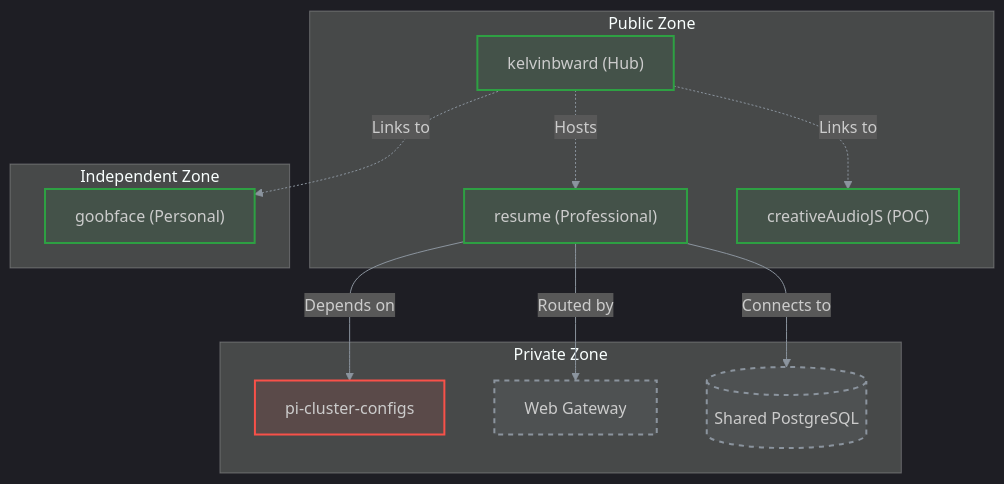
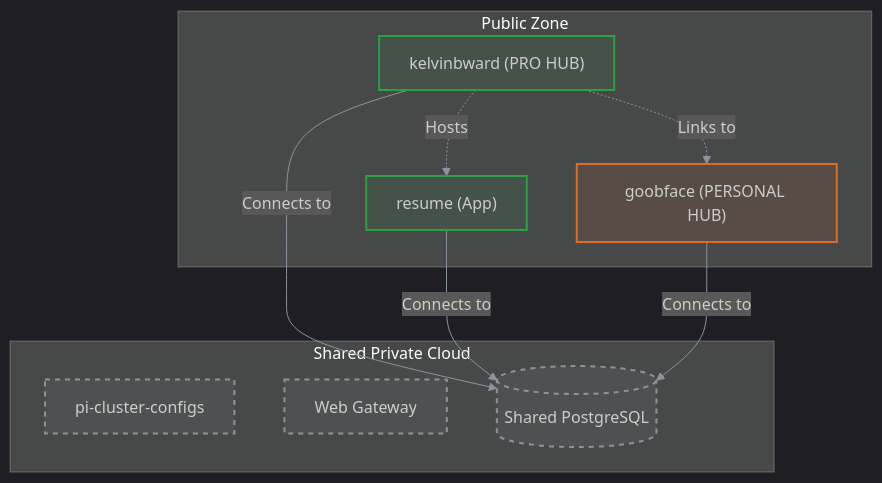
The diagram in README.md (kelvinbward/kelvinbward), drawn with Mermaid before and after one commit. The commit also changed other lines of this file, not shown here.

Commit message:
docs: update README with new architecture details

````diff
--- a/README.md
+++ b/README.md
@@ -19,38 +19,32 @@
 ```mermaid
 %%{init: {'theme': 'dark', 'themeVariables': { 'lineColor': '#8b949e' }}}%%
 graph TD
     subgraph Public["Public Zone"]
-        KBW["kelvinbward (Hub)"]
-        RES["resume (Professional)"]
-        CAJS["creativeAudioJS (POC)"]
+        KBW["kelvinbward (PRO HUB)"]
+        GOOB["goobface (PERSONAL HUB)"]
+        RES["resume (App)"]
     end
     
-    subgraph Independent["Independent Zone"]
-        GOOB["goobface (Personal)"]
-    end
-
-    subgraph Private["Private Zone"]
+    subgraph Infrastructure["Shared Private Cloud"]
         PCC[pi-cluster-configs]
         WG["Web Gateway"]
         DB[(Shared PostgreSQL)]
     end
 
     %% Network Connections
-    RES -->|Depends on| PCC
+    KBW -->|Connects to| DB
     RES -->|Connects to| DB
-    RES -->|Routed by| WG
+    GOOB -->|Connects to| DB
     
     %% Relationships
     KBW -.->|Hosts| RES
     KBW -.->|Links to| GOOB
-    KBW -.->|Links to| CAJS
-
-    %% Using 8-digit hex for transparency to avoid rgba() parser errors
-    classDef public stroke:#2ea043,stroke-width:2px,fill:#2ea0431a;
-    classDef private stroke:#f85149,stroke-width:2px,fill:#f851491a;
+    
+    classDef pro stroke:#2ea043,stroke-width:2px,fill:#2ea0431a;
+    classDef creative stroke:#db6d28,stroke-width:2px,fill:#db6d281a;
     classDef infra stroke:#8b949e,stroke-width:2px,fill:#8b949e1a,stroke-dasharray: 5 5;
 
-    class KBW,RES,GOOB,CAJS public;
-    class PCC private;
-    class WG,DB infra;
+    class KBW,RES pro;
+    class GOOB creative;
+    class PCC,WG,DB infra;
 ```
````
